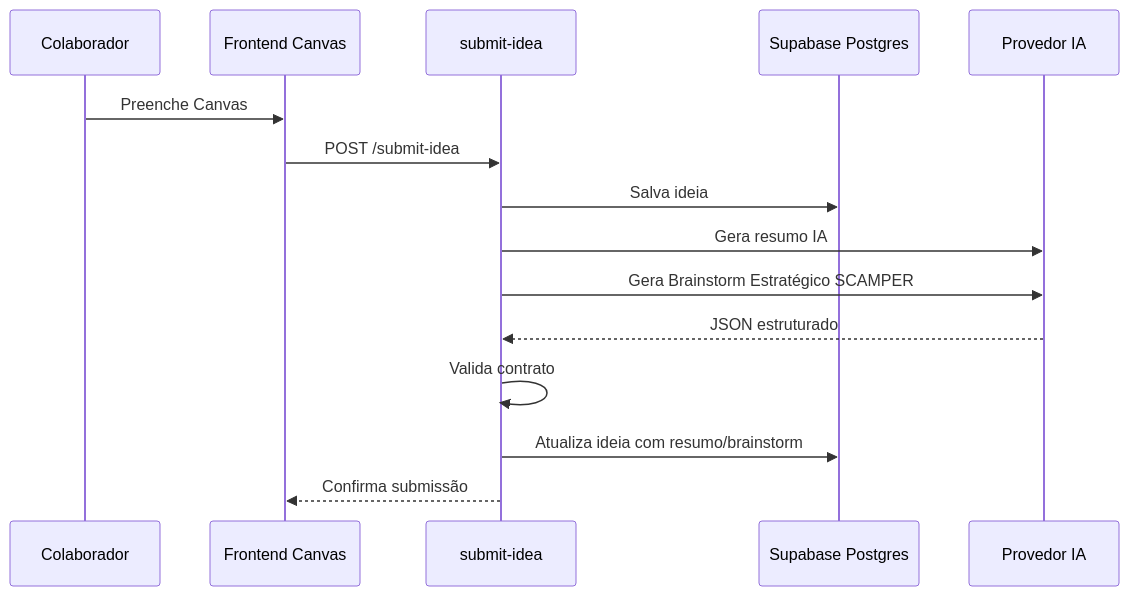
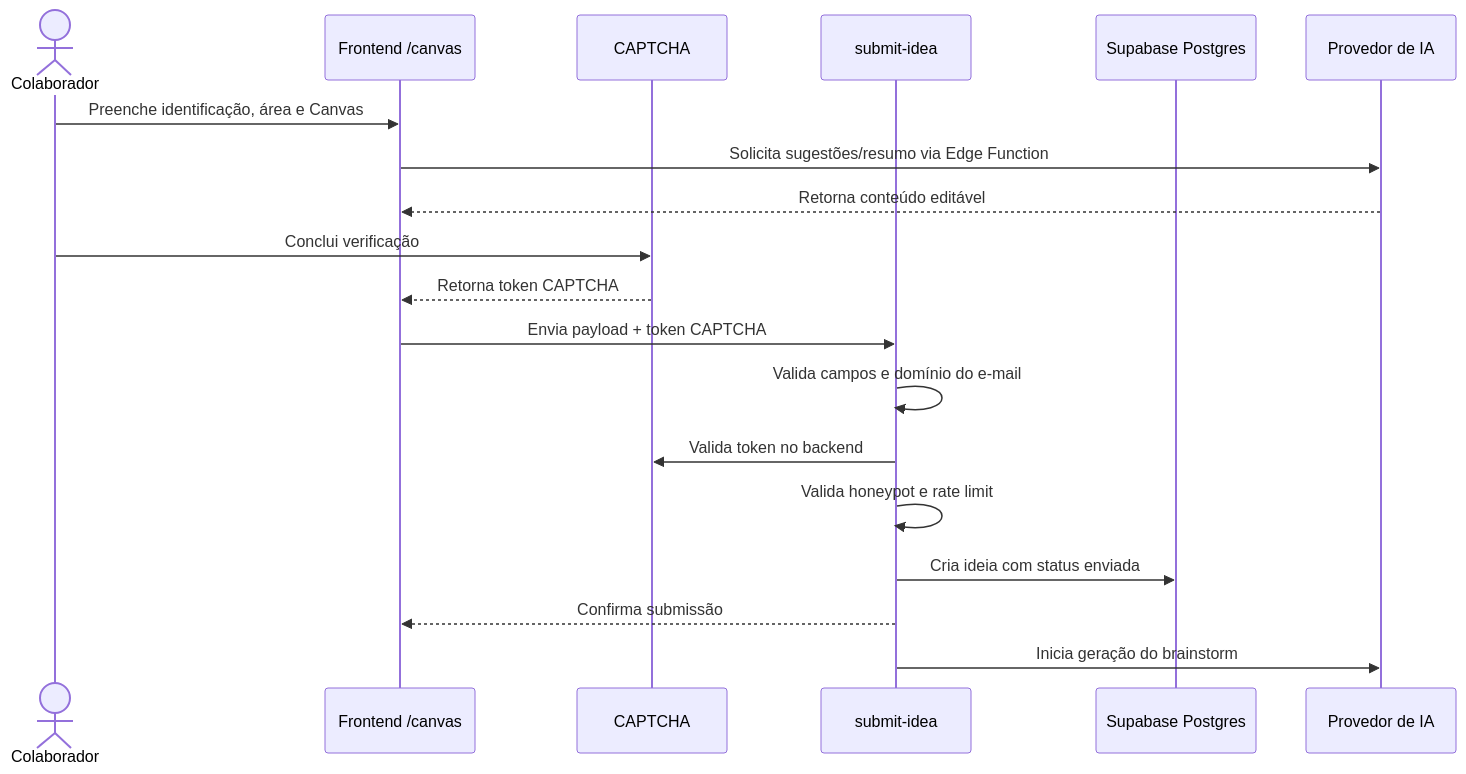
The second of 6 diagrams in design-tecnico-rennova-spark-hub.md (phablo-tavares/documentacao_portal_inovacao), drawn with Mermaid before and after one commit. The commit also changed other lines of this file and 2 other files, not shown here.

Commit message:
requisitos ajustados com base nas pontuações do rossetto

````diff
--- a/design-tecnico-rennova-spark-hub.md
+++ b/design-tecnico-rennova-spark-hub.md
@@ -90,18 +119,22 @@
 ```mermaid
 sequenceDiagram
-  participant U as Colaborador
-  participant FE as Frontend Canvas
+  actor U as Colaborador
+  participant FE as Frontend /canvas
+  participant CAP as CAPTCHA
   participant EF as submit-idea
   participant DB as Supabase Postgres
-  participant AI as Provedor IA
+  participant AI as Provedor de IA
 
-  U->>FE: Preenche Canvas
-  FE->>EF: POST /submit-idea
-  EF->>DB: Salva ideia
-  EF->>AI: Gera resumo IA
-  EF->>AI: Gera Brainstorm Estratégico SCAMPER
-  AI-->>EF: JSON estruturado
-  EF->>EF: Valida contrato
-  EF->>DB: Atualiza ideia com resumo/brainstorm
+  U->>FE: Preenche identificação, área e Canvas
+  FE->>AI: Solicita sugestões/resumo via Edge Function
+  AI-->>FE: Retorna conteúdo editável
+  U->>CAP: Conclui verificação
+  CAP-->>FE: Retorna token CAPTCHA
+  FE->>EF: Envia payload + token CAPTCHA
+  EF->>EF: Valida campos e domínio do e-mail
+  EF->>CAP: Valida token no backend
+  EF->>EF: Valida honeypot e rate limit
+  EF->>DB: Cria ideia com status enviada
   EF-->>FE: Confirma submissão
+  EF->>AI: Inicia geração do brainstorm
 ```
````
